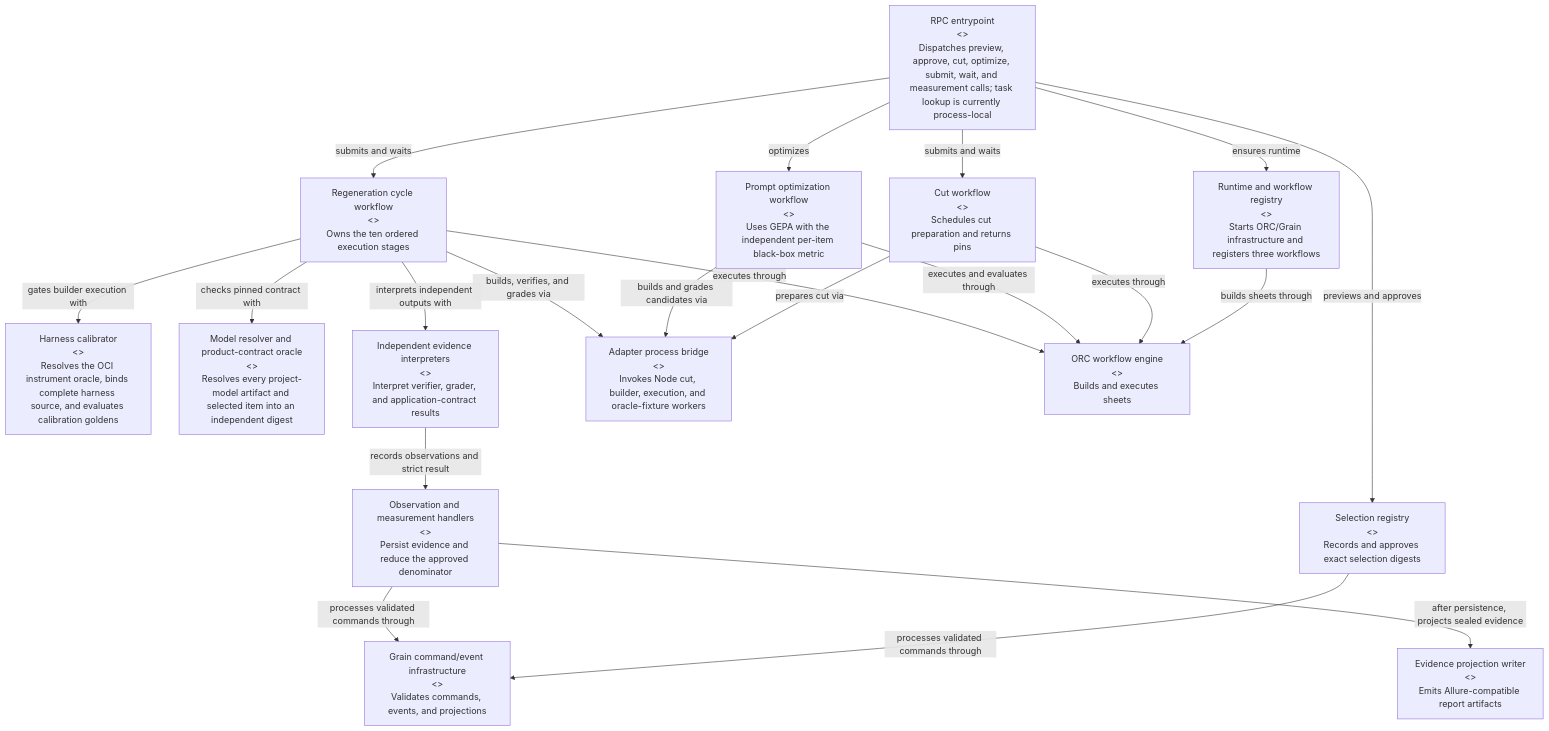
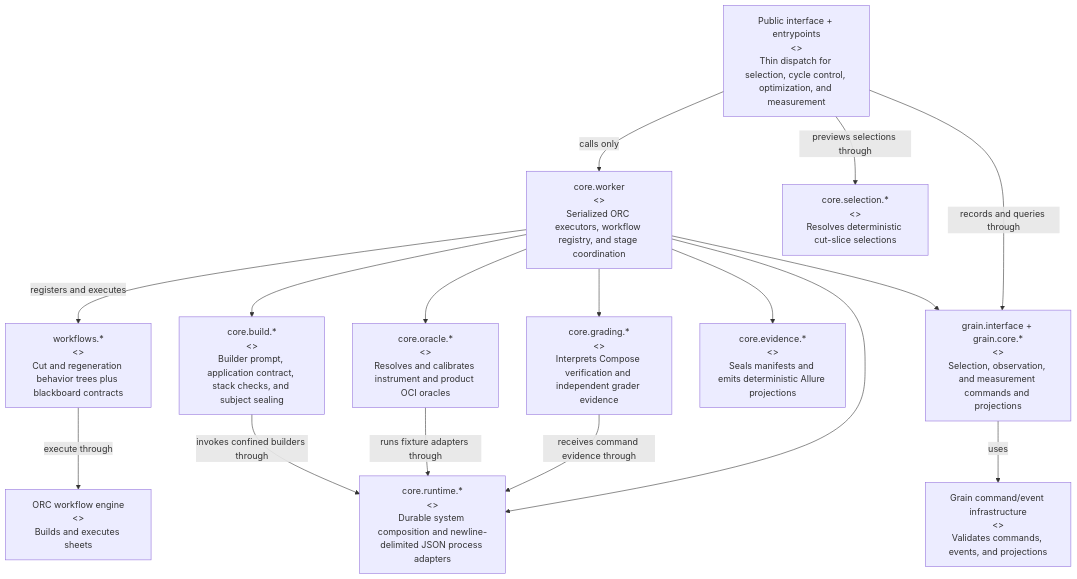
Before and after one commit to scope-impact/loyly: the fourth of 8 diagrams in .pi/architecture.md, drawn with Mermaid. The commit also changed other lines of this file and 121 other files, not shown here.

Commit message:
refactor(pi-harness): align ORC worker namespaces

````diff
--- a/.pi/architecture.md
+++ b/.pi/architecture.md
@@ -124,37 +177,31 @@
 ```mermaid
 flowchart TB
-    rpc["RPC entrypoint<br/><<Component>><br/>Dispatches preview, approve, cut, optimize, submit, wait, and measurement calls; task lookup is currently process-local"]
-    registry["Runtime and workflow registry<br/><<Component>><br/>Starts ORC/Grain infrastructure and registers three workflows"]
-    cutflow["Cut workflow<br/><<Component>><br/>Schedules cut preparation and returns pins"]
-    promptflow["Prompt optimization workflow<br/><<Component>><br/>Uses GEPA with the independent per-item black-box metric"]
-    cycleflow["Regeneration cycle workflow<br/><<Component>><br/>Owns the ten ordered execution stages"]
-    selection["Selection registry<br/><<Component>><br/>Records and approves exact selection digests"]
-    calibrator["Harness calibrator<br/><<Component>><br/>Resolves the OCI instrument oracle, binds complete harness source, and evaluates calibration goldens"]
-    resolver["Model resolver and product-contract oracle<br/><<Component>><br/>Resolves every project-model artifact and selected item into an independent digest"]
-    evidence["Independent evidence interpreters<br/><<Component>><br/>Interpret verifier, grader, and application-contract results"]
-    measurement["Observation and measurement handlers<br/><<Component>><br/>Persist evidence and reduce the approved denominator"]
-    reports["Evidence projection writer<br/><<Component>><br/>Emits Allure-compatible report artifacts"]
-    bridge["Adapter process bridge<br/><<Component>><br/>Invokes Node cut, builder, execution, and oracle-fixture workers"]
+    rpc["Public interface + entrypoints<br/><<Component>><br/>Thin dispatch for selection, cycle control, optimization, and measurement"]
+    worker["core.worker<br/><<Component>><br/>Serialized ORC executors, workflow registry, and stage coordination"]
+    workflows["workflows.*<br/><<Component>><br/>Cut and regeneration behavior trees plus blackboard contracts"]
+    build["core.build.*<br/><<Component>><br/>Builder prompt, application contract, stack checks, and subject sealing"]
+    selection["core.selection.*<br/><<Component>><br/>Resolves deterministic cut-slice selections"]
+    oracle["core.oracle.*<br/><<Component>><br/>Resolves and calibrates instrument and product OCI oracles"]
+    grading["core.grading.*<br/><<Component>><br/>Interprets Compose verification and independent grader evidence"]
+    evidence["core.evidence.*<br/><<Component>><br/>Seals manifests and emits deterministic Allure projections"]
+    runtime["core.runtime.*<br/><<Component>><br/>Durable system composition and newline-delimited JSON process adapters"]
+    grainmodel["grain.interface + grain.core.*<br/><<Component>><br/>Selection, observation, and measurement commands and projections"]
     orc["ORC workflow engine<br/><<Component: shared ORC library>><br/>Builds and executes sheets"]
     grain["Grain command/event infrastructure<br/><<Component: shared Grain libraries>><br/>Validates commands, events, and projections"]
 
-    rpc -->|"ensures runtime"| registry
-    rpc -->|"previews and approves"| selection
-    rpc -->|"submits and waits"| cutflow
-    rpc -->|"submits and waits"| cycleflow
-    rpc -->|"optimizes"| promptflow
-    registry -->|"builds sheets through"| orc
-    cutflow -->|"executes through"| orc
-    promptflow -->|"executes and evaluates through"| orc
-    cycleflow -->|"executes through"| orc
-    cycleflow -->|"gates builder execution with"| calibrator
-    cutflow -->|"prepares cut via"| bridge
-    promptflow -->|"builds and grades candidates via"| bridge
-    cycleflow -->|"builds, verifies, and grades via"| bridge
-    selection -->|"processes validated commands through"| grain
-    cycleflow -->|"checks pinned contract with"| resolver
-    cycleflow -->|"interprets independent outputs with"| evidence
-    evidence -->|"records observations and strict result"| measurement
-    measurement -->|"processes validated commands through"| grain
-    measurement -->|"after persistence, projects sealed evidence"| reports
+    rpc -->|"calls only"| worker
+    rpc -->|"previews selections through"| selection
+    rpc -->|"records and queries through"| grainmodel
+    worker -->|"registers and executes"| workflows
+    worker --> build
+    worker --> oracle
+    worker --> grading
+    worker --> evidence
+    worker --> runtime
+    worker --> grainmodel
+    workflows -->|"execute through"| orc
+    build -->|"invokes confined builders through"| runtime
+    oracle -->|"runs fixture adapters through"| runtime
+    grading -->|"receives command evidence through"| runtime
+    grainmodel -->|"uses"| grain
 ```
````
